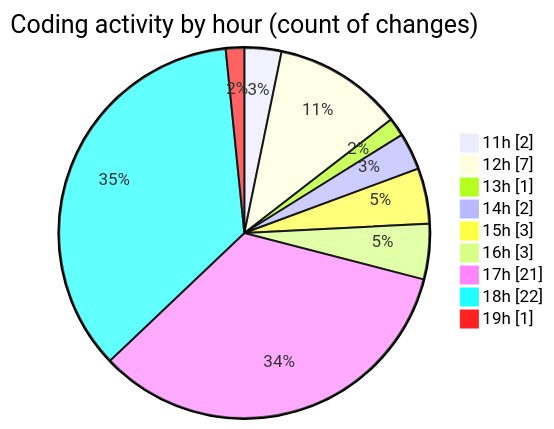
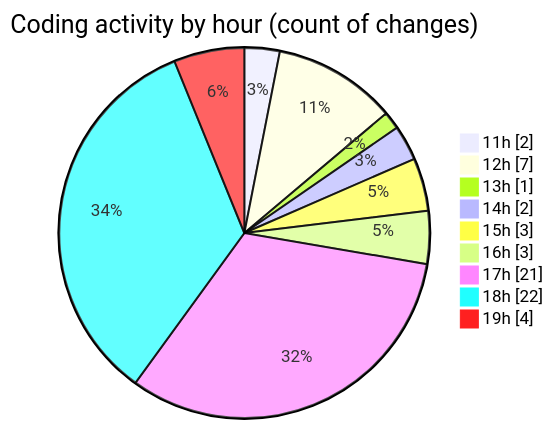
The second of 2 diagrams in 2025-11-10/nxtqube_webapp/README.md (nxtqubesakshisongat/code-tracking), drawn with Mermaid before and after one commit. The commit also changed other lines of this file and 1 other file, not shown here.

````diff
--- a/2025-11-10/nxtqube_webapp/README.md
+++ b/2025-11-10/nxtqube_webapp/README.md
@@ -43,13 +45,13 @@
 ```mermaid
 pie showData
 title Coding activity by hour (count of changes)
 "11h" : 2
 "12h" : 7
 "13h" : 1
 "14h" : 2
 "15h" : 3
 "16h" : 3
 "17h" : 21
 "18h" : 22
-"19h" : 1
+"19h" : 4
 ```
````
